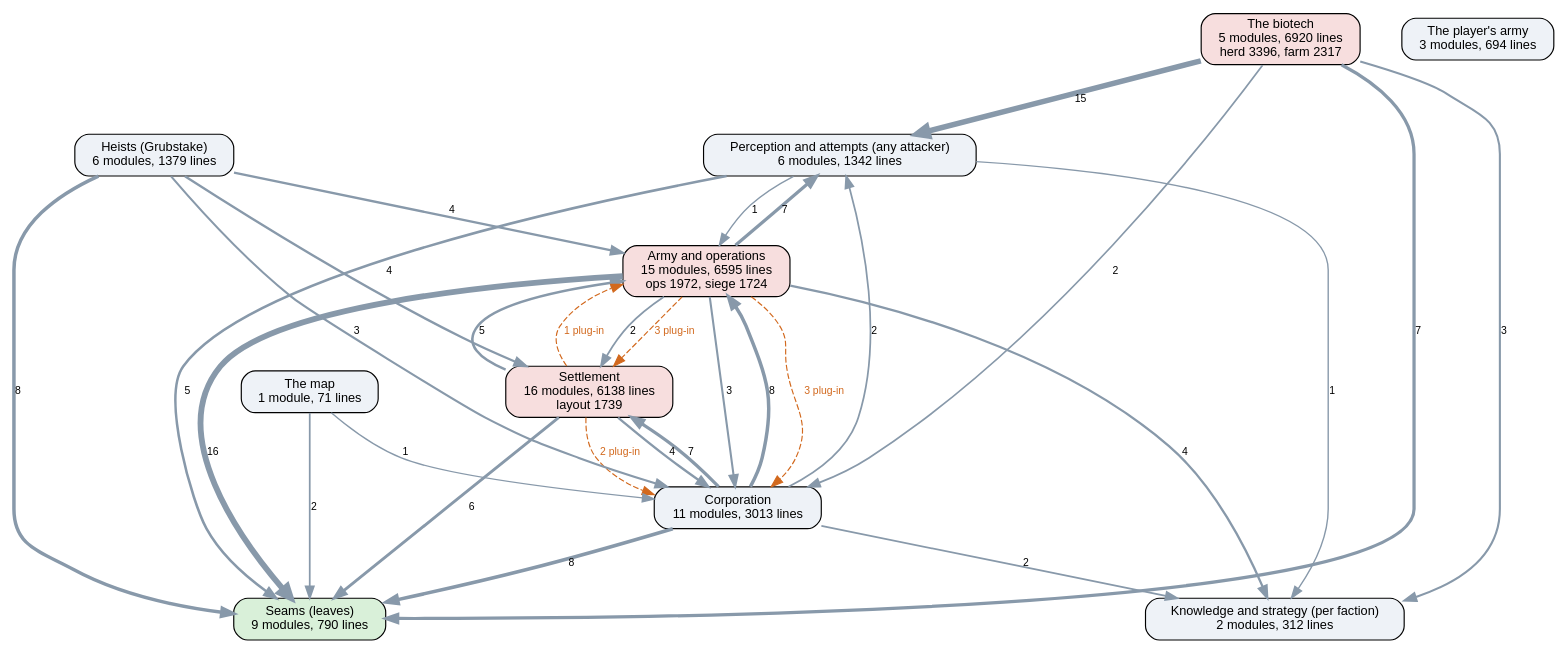
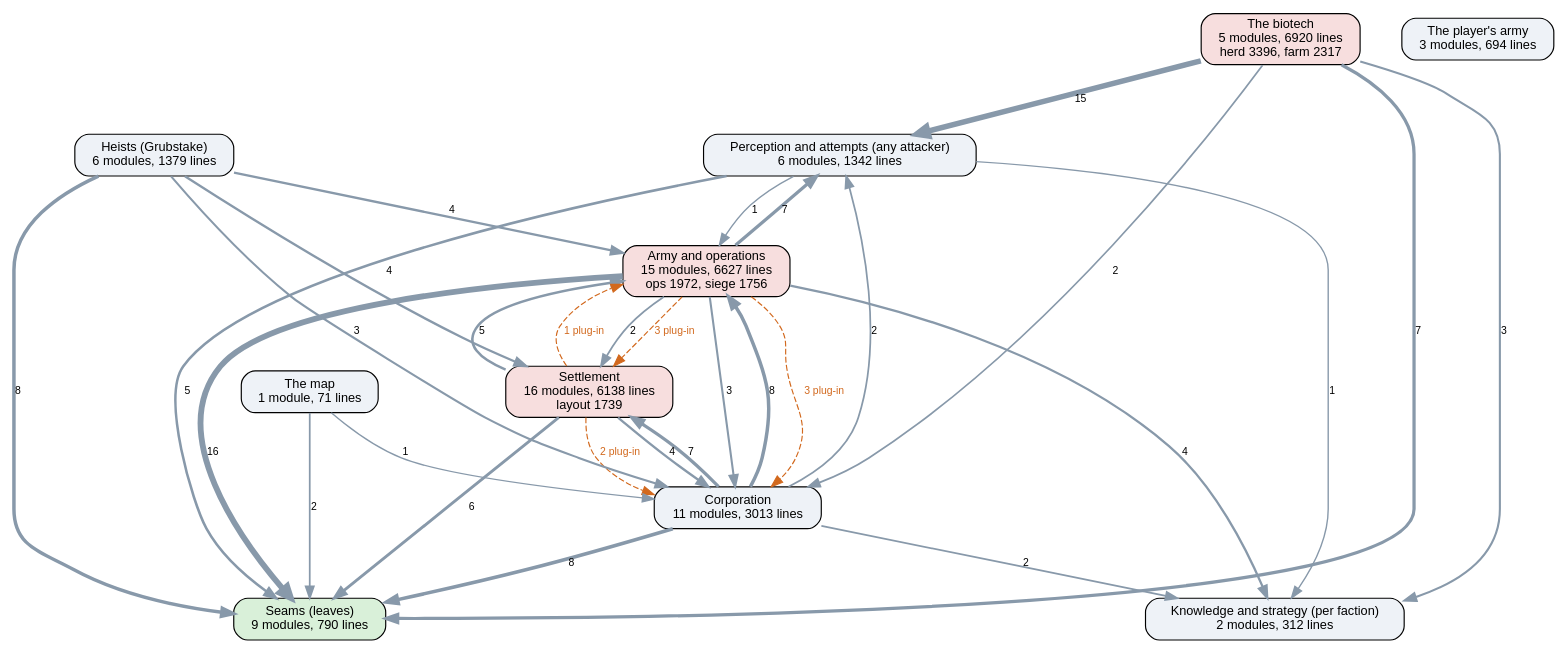
Before and after one commit to kinelhu/landing-party: the diagram in docs/ai-layers.dot, drawn with Graphviz. The commit also changed 7 other files, not shown here.

```diff
--- a/docs/ai-layers.dot
+++ b/docs/ai-layers.dot
@@ -1,45 +1,45 @@
 digraph layers {
   graph [rankdir=TB, fontname="Helvetica", nodesep=0.5, ranksep=0.7];
   node [shape=box, style="rounded,filled", fontname="Helvetica", fontsize=11, fillcolor="#eef2f7"];
   edge [color="#8899aa", fontname="Helvetica", fontsize=9];
   "Seams (leaves)" [label="Seams (leaves)\n9 modules, 790 lines", fillcolor="#d9f0d9"];
   "Perception and attempts (any attacker)" [label="Perception and attempts (any attacker)\n6 modules, 1342 lines", fillcolor="#eef2f7"];
   "Knowledge and strategy (per faction)" [label="Knowledge and strategy (per faction)\n2 modules, 312 lines", fillcolor="#eef2f7"];
   "Corporation" [label="Corporation\n11 modules, 3013 lines", fillcolor="#eef2f7"];
   "Settlement" [label="Settlement\n16 modules, 6138 lines\nlayout 1739", fillcolor="#f7dede"];
-  "Army and operations" [label="Army and operations\n15 modules, 6595 lines\nops 1972, siege 1724", fillcolor="#f7dede"];
+  "Army and operations" [label="Army and operations\n15 modules, 6627 lines\nops 1972, siege 1756", fillcolor="#f7dede"];
   "Heists (Grubstake)" [label="Heists (Grubstake)\n6 modules, 1379 lines", fillcolor="#eef2f7"];
   "The biotech" [label="The biotech\n5 modules, 6920 lines\nherd 3396, farm 2317", fillcolor="#f7dede"];
   "The map" [label="The map\n1 module, 71 lines", fillcolor="#eef2f7"];
   "The player's army" [label="The player's army\n3 modules, 694 lines", fillcolor="#eef2f7"];
   "Army and operations" -> "Corporation" [label="3", penwidth=1.8];
   "Army and operations" -> "Knowledge and strategy (per faction)" [label="4", penwidth=2.0];
   "Army and operations" -> "Perception and attempts (any attacker)" [label="7", penwidth=2.8];
   "Army and operations" -> "Seams (leaves)" [label="16", penwidth=5.0];
   "Army and operations" -> "Settlement" [label="2", penwidth=1.5];
   "Corporation" -> "Army and operations" [label="8", penwidth=3.0];
   "Corporation" -> "Knowledge and strategy (per faction)" [label="2", penwidth=1.5];
   "Corporation" -> "Perception and attempts (any attacker)" [label="2", penwidth=1.5];
   "Corporation" -> "Seams (leaves)" [label="8", penwidth=3.0];
   "Corporation" -> "Settlement" [label="7", penwidth=2.8];
   "Heists (Grubstake)" -> "Army and operations" [label="4", penwidth=2.0];
   "Heists (Grubstake)" -> "Corporation" [label="3", penwidth=1.8];
   "Heists (Grubstake)" -> "Seams (leaves)" [label="8", penwidth=3.0];
   "Heists (Grubstake)" -> "Settlement" [label="4", penwidth=2.0];
   "Perception and attempts (any attacker)" -> "Army and operations" [label="1", penwidth=1.2];
   "Perception and attempts (any attacker)" -> "Knowledge and strategy (per faction)" [label="1", penwidth=1.2];
   "Perception and attempts (any attacker)" -> "Seams (leaves)" [label="5", penwidth=2.2];
   "Settlement" -> "Army and operations" [label="5", penwidth=2.2];
   "Settlement" -> "Corporation" [label="4", penwidth=2.0];
   "Settlement" -> "Seams (leaves)" [label="6", penwidth=2.5];
   "The biotech" -> "Corporation" [label="2", penwidth=1.5];
   "The biotech" -> "Knowledge and strategy (per faction)" [label="3", penwidth=1.8];
   "The biotech" -> "Perception and attempts (any attacker)" [label="15", penwidth=4.8];
   "The biotech" -> "Seams (leaves)" [label="7", penwidth=2.8];
   "The map" -> "Corporation" [label="1", penwidth=1.2];
   "The map" -> "Seams (leaves)" [label="2", penwidth=1.5];
   "Army and operations" -> "Corporation" [style=dashed, color="#d2691e", fontcolor="#d2691e", label="3 plug-in"];
   "Army and operations" -> "Settlement" [style=dashed, color="#d2691e", fontcolor="#d2691e", label="3 plug-in"];
   "Settlement" -> "Army and operations" [style=dashed, color="#d2691e", fontcolor="#d2691e", label="1 plug-in"];
   "Settlement" -> "Corporation" [style=dashed, color="#d2691e", fontcolor="#d2691e", label="2 plug-in"];
 }
```
